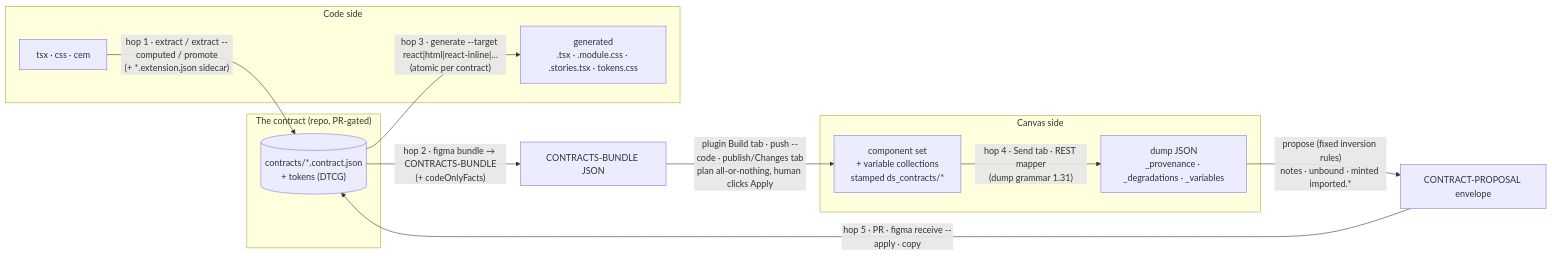
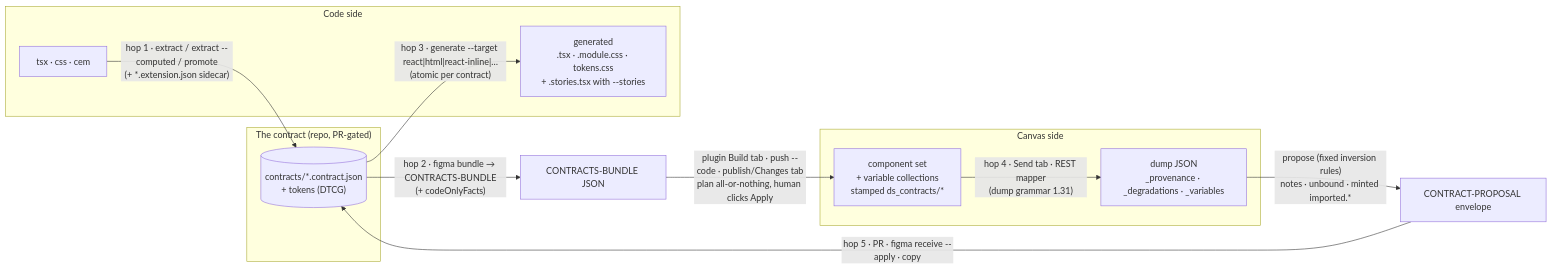
Before and after one commit to southleft/ds-contracts-poc: the first of 3 diagrams in docs/29-how-it-flows.md, drawn with Mermaid. The commit also changed other lines of this file and 8 other files, not shown here.

````diff
--- a/docs/29-how-it-flows.md
+++ b/docs/29-how-it-flows.md
@@ -127,22 +128,22 @@
 ```mermaid
 %% id: flow-chain
 flowchart LR
   subgraph code["Code side"]
     TSX["tsx · css · cem"]
-    GEN["generated<br/>.tsx · .module.css · .stories.tsx · tokens.css"]
+    GEN["generated<br/>.tsx · .module.css · tokens.css<br/>+ .stories.tsx with --stories"]
   end
   subgraph contract["The contract (repo, PR-gated)"]
     C[("contracts/*.contract.json<br/>+ tokens (DTCG)")]
   end
   subgraph canvas["Canvas side"]
     SET["component set<br/>+ variable collections<br/>stamped ds_contracts/*"]
     DUMP["dump JSON<br/>_provenance · _degradations · _variables"]
   end
   TSX -- "hop 1 · extract / extract --computed / promote<br/>(+ *.extension.json sidecar)" --> C
   C -- "hop 3 · generate --target react|html|react-inline|…<br/>(atomic per contract)" --> GEN
   C -- "hop 2 · figma bundle → CONTRACTS-BUNDLE<br/>(+ codeOnlyFacts)" --> B["CONTRACTS-BUNDLE JSON"]
   B -- "plugin Build tab · push --code · publish/Changes tab<br/>plan all-or-nothing, human clicks Apply" --> SET
   SET -- "hop 4 · Send tab · REST mapper<br/>(dump grammar 1.31)" --> DUMP
   DUMP -- "propose (fixed inversion rules)<br/>notes · unbound · minted imported.*" --> P["CONTRACT-PROPOSAL envelope"]
   P -- "hop 5 · PR · figma receive --apply · copy" --> C
 ```
````
